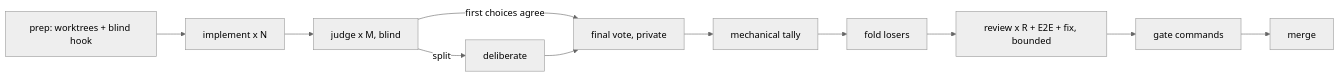
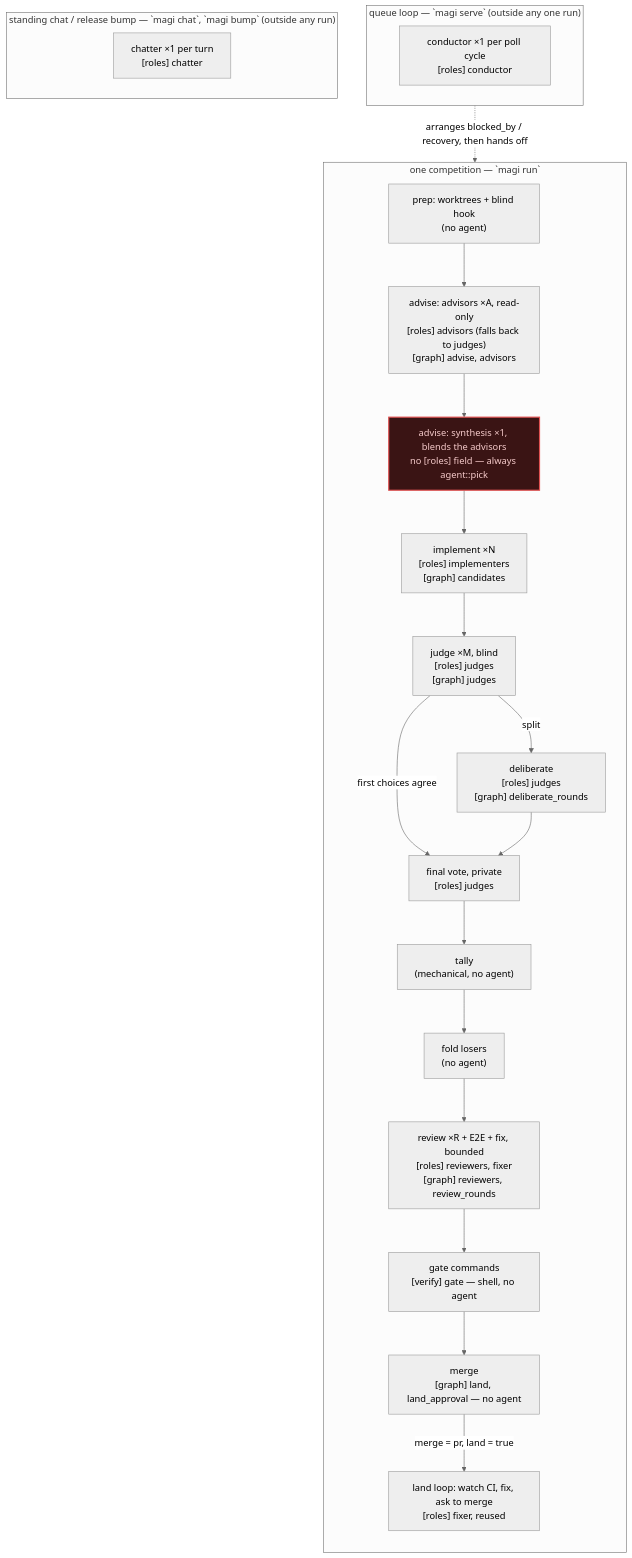
One commit to yukimemi/magi changed the diagram in README.md. Above: the diagram before and after it, drawn with Mermaid (neutral theme). The commit also changed other lines of this file, not shown here.

Commit message:
docs: annotate the run graph with roles/config knobs
Expand the README flow diagram into a mermaid graph covering the queue
loop (conductor), the design-deliberation stage (advisors + synthesis),
the competition graph, and the standalone chat/bump seat (chatter),
each annotated with its matching [roles]/[graph]/[verify] config field.
Add a seat<->config table and flag advise-synthesis as the one seat
with no dedicated [roles] entry.

````diff
--- a/README.md
+++ b/README.md
@@ -22,13 +22,39 @@
 ```mermaid
-flowchart LR
-  prep[prep: worktrees + blind hook] --> impl[implement x N]
-  impl --> judge[judge x M, blind]
-  judge -->|first choices agree| vote[final vote, private]
-  judge -->|split| delib[deliberate]
-  delib --> vote
-  vote --> tally[mechanical tally]
-  tally --> fold[fold losers]
-  fold --> review[review x R + E2E + fix, bounded]
-  review --> gate[gate commands]
-  gate --> merge[merge]
+flowchart TD
+  subgraph Q["queue loop — `magi serve` (outside any one run)"]
+    direction LR
+    conductor["conductor ×1 per poll cycle\n[roles] conductor"]
+  end
+  conductor -.->|arranges blocked_by / recovery, then hands off| prep
+
+  subgraph Run["one competition — `magi run`"]
+    direction TB
+    prep["prep: worktrees + blind hook\n(no agent)"]
+    advisor["advise: advisors ×A, read-only\n[roles] advisors (falls back to judges)\n[graph] advise, advisors"]
+    synth["advise: synthesis ×1, blends the advisors\nno [roles] field — always agent::pick"]
+    impl["implement ×N\n[roles] implementers\n[graph] candidates"]
+    judge["judge ×M, blind\n[roles] judges\n[graph] judges"]
+    delib["deliberate\n[roles] judges\n[graph] deliberate_rounds"]
+    vote["final vote, private\n[roles] judges"]
+    tally["tally\n(mechanical, no agent)"]
+    fold["fold losers\n(no agent)"]
+    review["review ×R + E2E + fix, bounded\n[roles] reviewers, fixer\n[graph] reviewers, review_rounds"]
+    gate["gate commands\n[verify] gate — shell, no agent"]
+    merge["merge\n[graph] land, land_approval — no agent"]
+    land["land loop: watch CI, fix, ask to merge\n[roles] fixer, reused"]
+
+    prep --> advisor --> synth --> impl --> judge
+    judge -->|first choices agree| vote
+    judge -->|split| delib --> vote
+    vote --> tally --> fold --> review --> gate --> merge
+    merge -->|merge = pr, land = true| land
+  end
+
+  subgraph Standalone["standing chat / release bump — `magi chat`, `magi bump` (outside any run)"]
+    direction LR
+    chatter["chatter ×1 per turn\n[roles] chatter"]
+  end
+
+  classDef gap fill:#3a1414,stroke:#e05252,stroke-width:2px,color:#f5caca;
+  class synth gap;
 ```
````
